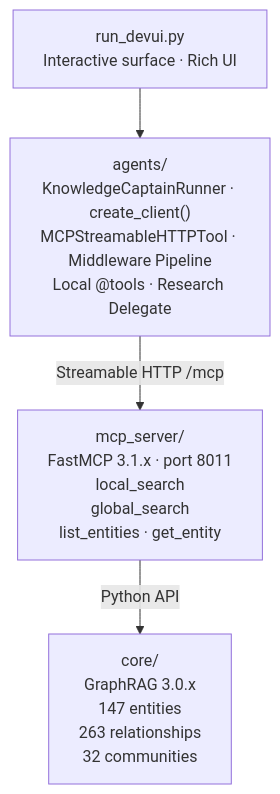
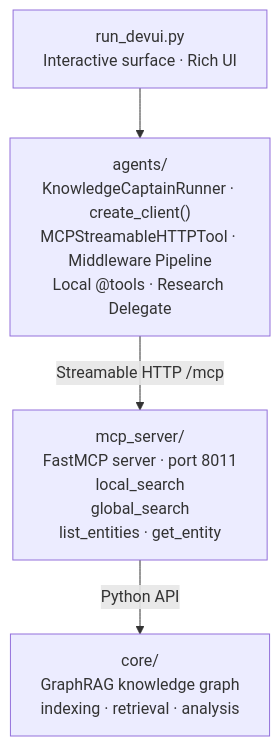
One commit to cristofima/maf-graphrag-series changed the second of 4 diagrams in README.md. Above: the diagram before and after it, drawn with Mermaid. The commit also changed other lines of this file and 7 other files, not shown here.

````diff
--- a/README.md
+++ b/README.md
@@ -238,11 +248,11 @@
 ```mermaid
 flowchart TD
     A["run_devui.py<br/>Interactive surface · Rich UI"]
     B["agents/<br/>KnowledgeCaptainRunner · create_client()<br/>MCPStreamableHTTPTool · Middleware Pipeline<br/>Local @tools · Research Delegate"]
-    C["mcp_server/<br/>FastMCP 3.1.x · port 8011<br/>local_search<br/>global_search<br/>list_entities · get_entity"]
-    D["core/<br/>GraphRAG 3.0.x<br/>147 entities<br/>263 relationships<br/>32 communities"]
+    C["mcp_server/<br/>FastMCP server · port 8011<br/>local_search<br/>global_search<br/>list_entities · get_entity"]
+    D["core/<br/>GraphRAG knowledge graph<br/>indexing · retrieval · analysis"]
 
     A --> B
     B -->|"Streamable HTTP /mcp"| C
     C -->|"Python API"| D
 ```
````
